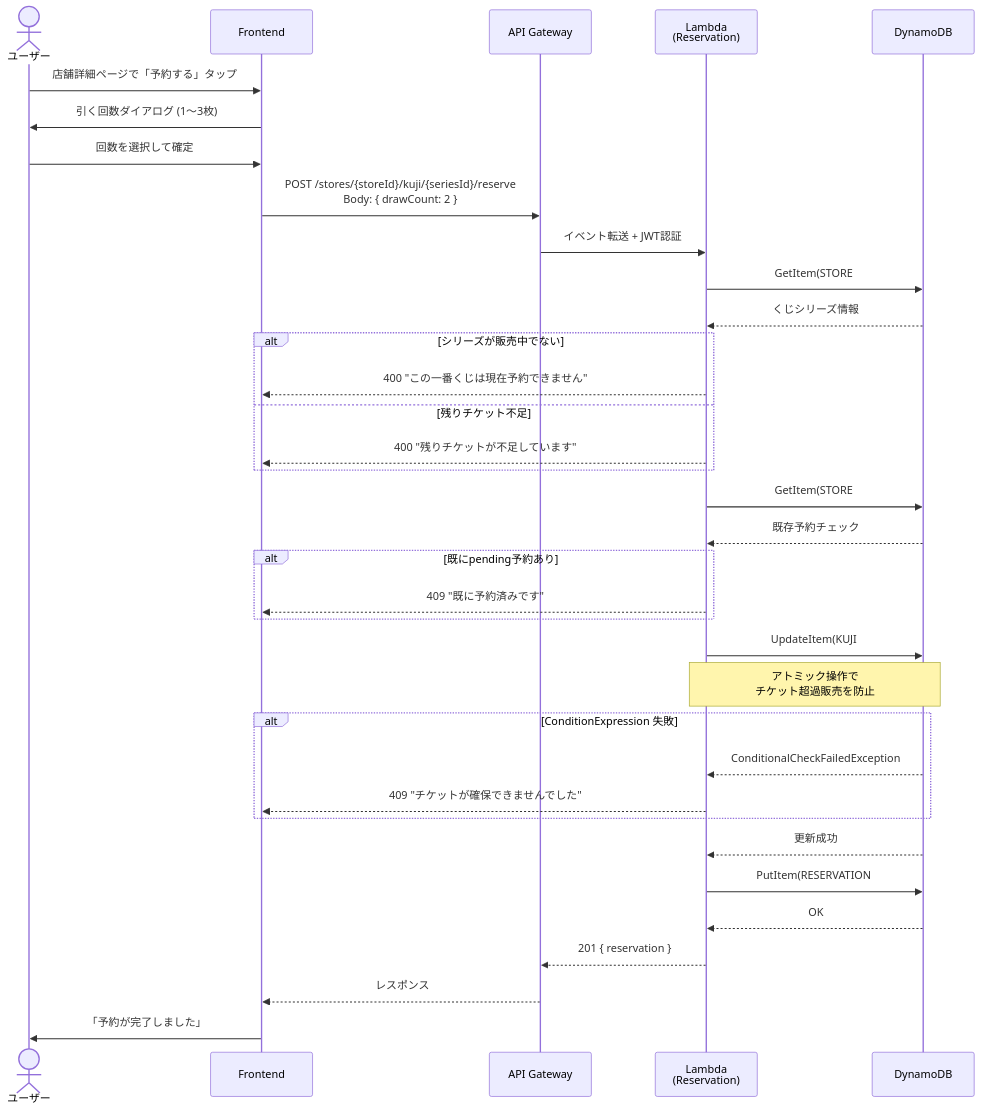
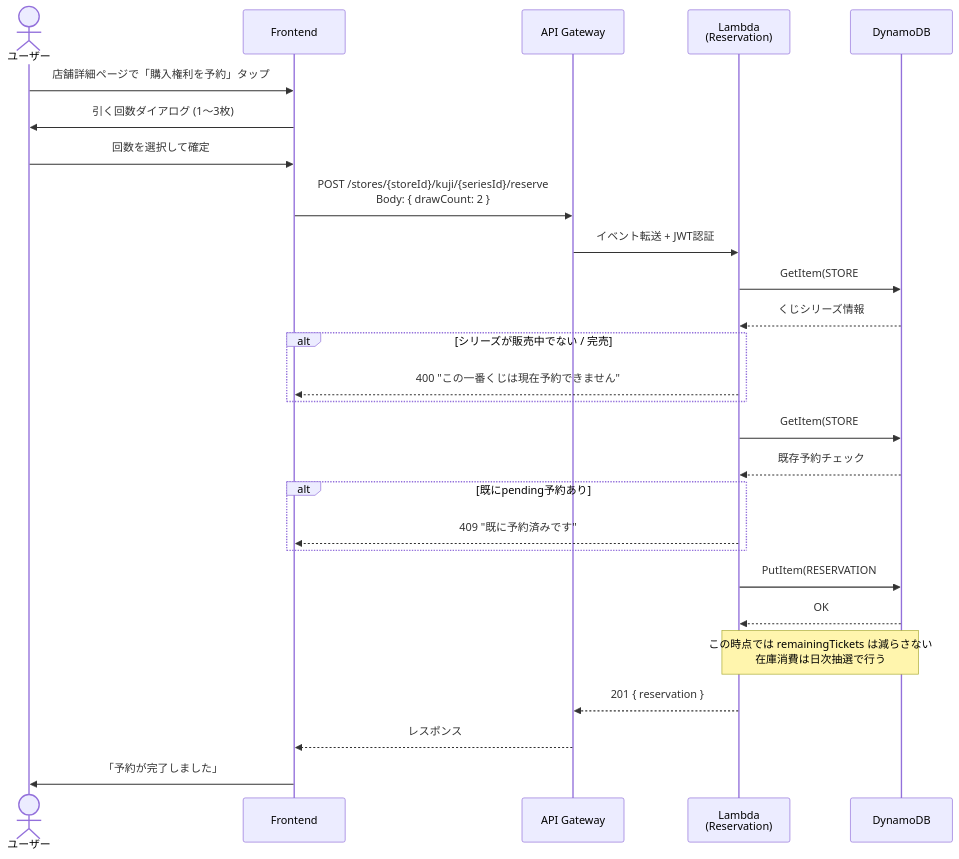
The third of 6 diagrams in docs/sequence-diagrams.md (Masaharu1223/Hackathon_fortune), drawn with Mermaid before and after one commit. The commit also changed 21 other files, not shown here.

````diff
--- a/docs/sequence-diagrams.md
+++ b/docs/sequence-diagrams.md
@@ -91,48 +91,37 @@
 ```mermaid
 sequenceDiagram
     actor User as ユーザー
     participant FE as Frontend
     participant APIGW as API Gateway
     participant Lambda as Lambda<br/>(Reservation)
     participant DDB as DynamoDB
 
-    User->>FE: 店舗詳細ページで「予約する」タップ
+    User->>FE: 店舗詳細ページで「購入権利を予約」タップ
     FE->>User: 引く回数ダイアログ (1〜3枚)
     User->>FE: 回数を選択して確定
 
     FE->>APIGW: POST /stores/{storeId}/kuji/{seriesId}/reserve<br/>Body: { drawCount: 2 }
     APIGW->>Lambda: イベント転送 + JWT認証
 
     Lambda->>DDB: GetItem(STORE#{storeId}, KUJI#{seriesId})
     DDB-->>Lambda: くじシリーズ情報
 
-    alt シリーズが販売中でない
+    alt シリーズが販売中でない / 完売
         Lambda-->>FE: 400 "この一番くじは現在予約できません"
-    else 残りチケット不足
-        Lambda-->>FE: 400 "残りチケットが不足しています"
     end
 
     Lambda->>DDB: GetItem(STORE#...#KUJI#..., RESERVATION#{userId})
     DDB-->>Lambda: 既存予約チェック
 
     alt 既にpending予約あり
         Lambda-->>FE: 409 "既に予約済みです"
     end
 
-    Lambda->>DDB: UpdateItem(KUJI#{seriesId})<br/>SET remainingTickets = remainingTickets - :drawCount<br/>ConditionExpression: remainingTickets >= :drawCount
-    Note over Lambda,DDB: アトミック操作で<br/>チケット超過販売を防止
-
-    alt ConditionExpression 失敗
-        DDB-->>Lambda: ConditionalCheckFailedException
-        Lambda-->>FE: 409 "チケットが確保できませんでした"
-    end
-
-    DDB-->>Lambda: 更新成功
-
     Lambda->>DDB: PutItem(RESERVATION#{userId})<br/>status: pending, drawCount: 2
     DDB-->>Lambda: OK
+    Note over Lambda,DDB: この時点では remainingTickets は減らさない<br/>在庫消費は日次抽選で行う
 
     Lambda-->>APIGW: 201 { reservation }
     APIGW-->>FE: レスポンス
     FE->>User: 「予約が完了しました」
 ```
````
